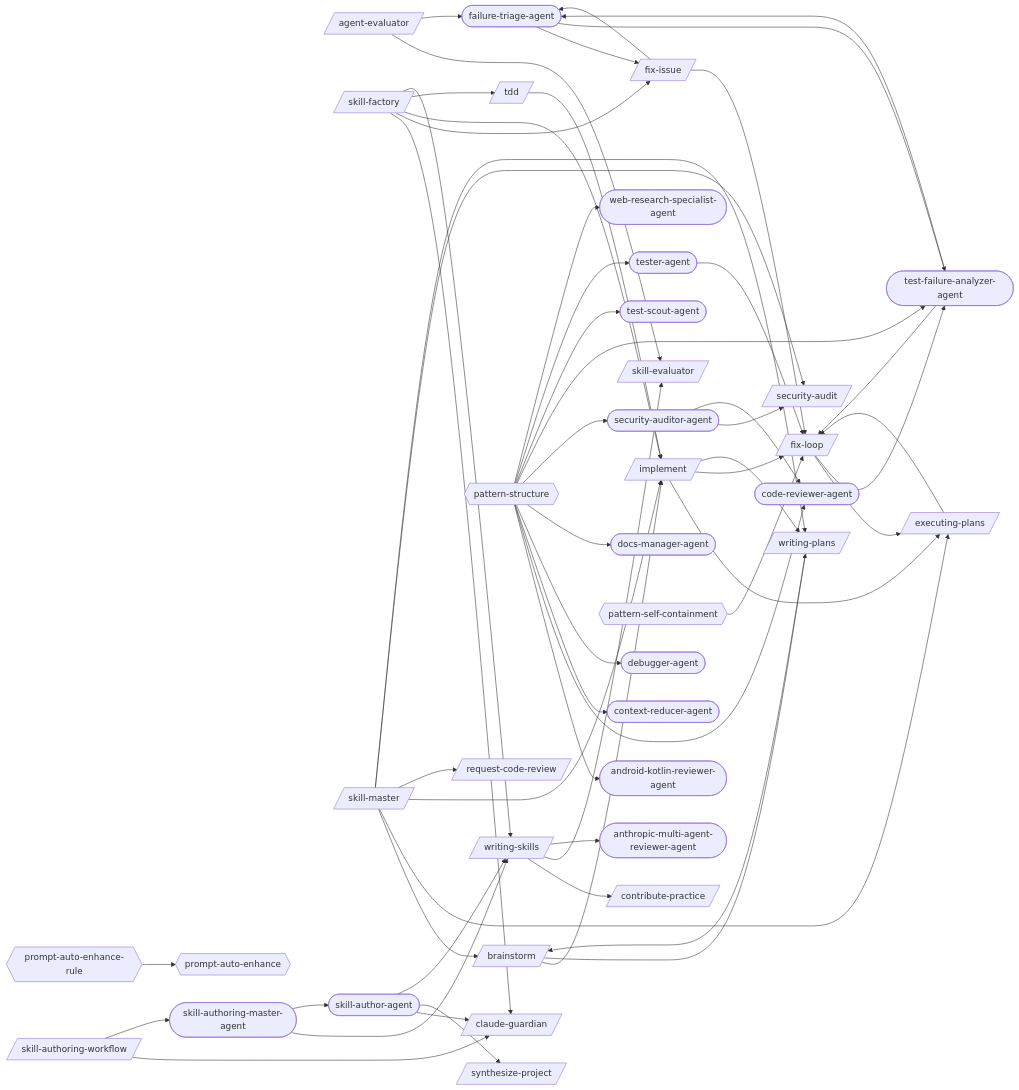
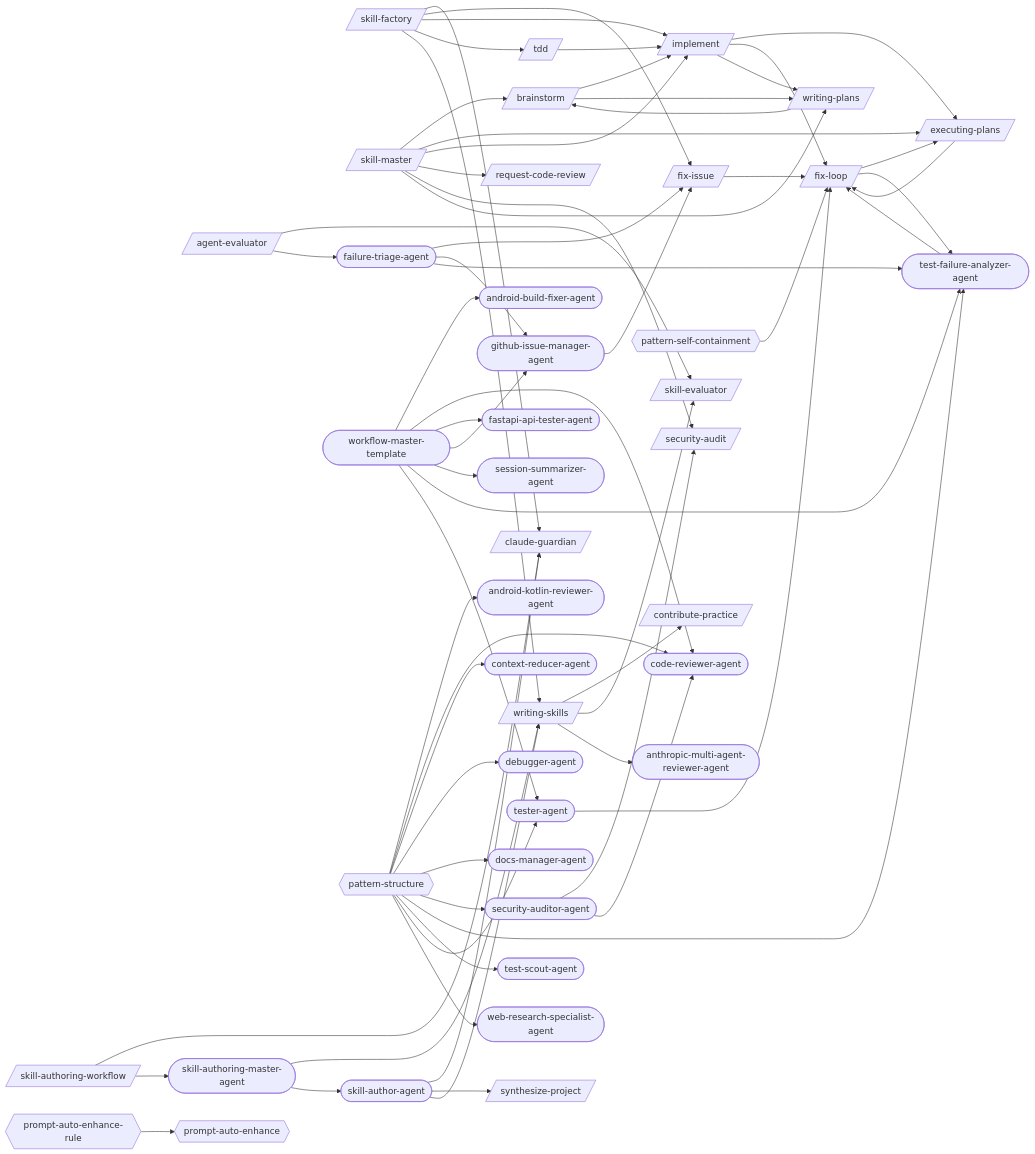
Before and after one commit to abhayla/claude-best-practices: the first of 23 diagrams in docs/workflows/skill-authoring.md, drawn with Mermaid. The commit also changed other lines of this file and 14 other files, not shown here.

```diff
--- a/docs/workflows/skill-authoring.md
+++ b/docs/workflows/skill-authoring.md
@@ -26,6 +26,7 @@
     tdd[/tdd/]
     writing_plans[/writing-plans/]
     writing_skills[/writing-skills/]
+    android_build_fixer_agent([android-build-fixer-agent])
     android_kotlin_reviewer_agent([android-kotlin-reviewer-agent])
     anthropic_multi_agent_reviewer_agent([anthropic-multi-agent-reviewer-agent])
     code_reviewer_agent([code-reviewer-agent])
@@ -33,13 +34,17 @@
     debugger_agent([debugger-agent])
     docs_manager_agent([docs-manager-agent])
     failure_triage_agent([failure-triage-agent])
+    fastapi_api_tester_agent([fastapi-api-tester-agent])
+    github_issue_manager_agent([github-issue-manager-agent])
     security_auditor_agent([security-auditor-agent])
+    session_summarizer_agent([session-summarizer-agent])
     skill_author_agent([skill-author-agent])
     skill_authoring_master_agent([skill-authoring-master-agent])
     test_failure_analyzer_agent([test-failure-analyzer-agent])
     test_scout_agent([test-scout-agent])
     tester_agent([tester-agent])
     web_research_specialist_agent([web-research-specialist-agent])
+    workflow_master_template([workflow-master-template])
     pattern_self_containment{{pattern-self-containment}}
     pattern_structure{{pattern-structure}}
     prompt_auto_enhance{{prompt-auto-enhance}}
@@ -50,7 +55,6 @@
     brainstorm --> writing_plans
     executing_plans --> fix_loop
     fix_issue --> fix_loop
-    fix_issue --> failure_triage_agent
     fix_loop --> executing_plans
     fix_loop --> test_failure_analyzer_agent
     implement --> executing_plans
@@ -75,7 +79,9 @@
     writing_skills --> skill_evaluator
     writing_skills --> anthropic_multi_agent_reviewer_agent
     failure_triage_agent --> fix_issue
+    failure_triage_agent --> github_issue_manager_agent
     failure_triage_agent --> test_failure_analyzer_agent
+    github_issue_manager_agent --> fix_issue
     security_auditor_agent --> security_audit
     security_auditor_agent --> code_reviewer_agent
     skill_author_agent --> claude_guardian
@@ -84,8 +90,14 @@
     skill_authoring_master_agent --> writing_skills
     skill_authoring_master_agent --> skill_author_agent
     test_failure_analyzer_agent --> fix_loop
-    test_failure_analyzer_agent --> failure_triage_agent
     tester_agent --> fix_loop
+    workflow_master_template --> android_build_fixer_agent
+    workflow_master_template --> code_reviewer_agent
+    workflow_master_template --> fastapi_api_tester_agent
+    workflow_master_template --> github_issue_manager_agent
+    workflow_master_template --> session_summarizer_agent
+    workflow_master_template --> test_failure_analyzer_agent
+    workflow_master_template --> tester_agent
     pattern_self_containment --> fix_loop
     pattern_structure --> android_kotlin_reviewer_agent
     pattern_structure --> code_reviewer_agent
```
